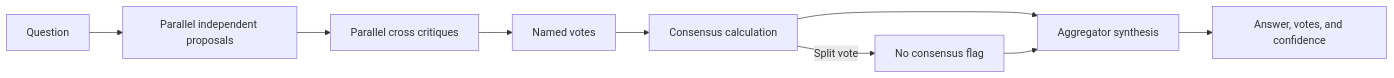
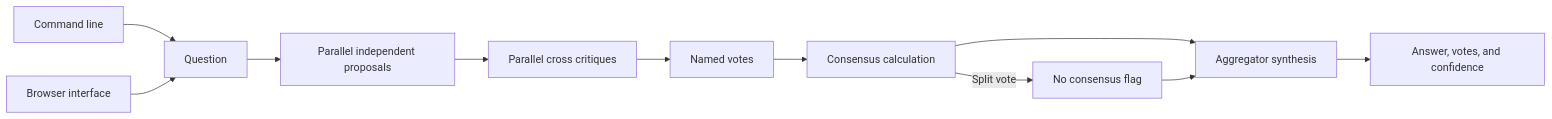
Before and after one commit to kh-bikash/multi-agent-debate: the diagram in README.md, drawn with Mermaid. The commit also changed other lines of this file and 11 other files, not shown here.

Commit message:
Ship runnable CLI and browser product

````diff
--- a/README.md
+++ b/README.md
@@ -40,11 +42,13 @@
 ```mermaid
 flowchart LR
+    CLI[Command line] --> Question
+    Browser[Browser interface] --> Question
     Question[Question] --> Proposals[Parallel independent proposals]
     Proposals --> Critiques[Parallel cross critiques]
     Critiques --> Votes[Named votes]
     Votes --> Consensus[Consensus calculation]
     Consensus --> Synthesis[Aggregator synthesis]
     Synthesis --> Result[Answer, votes, and confidence]
     Consensus -->|Split vote| Disagreement[No consensus flag]
     Disagreement --> Synthesis
 ```
````
